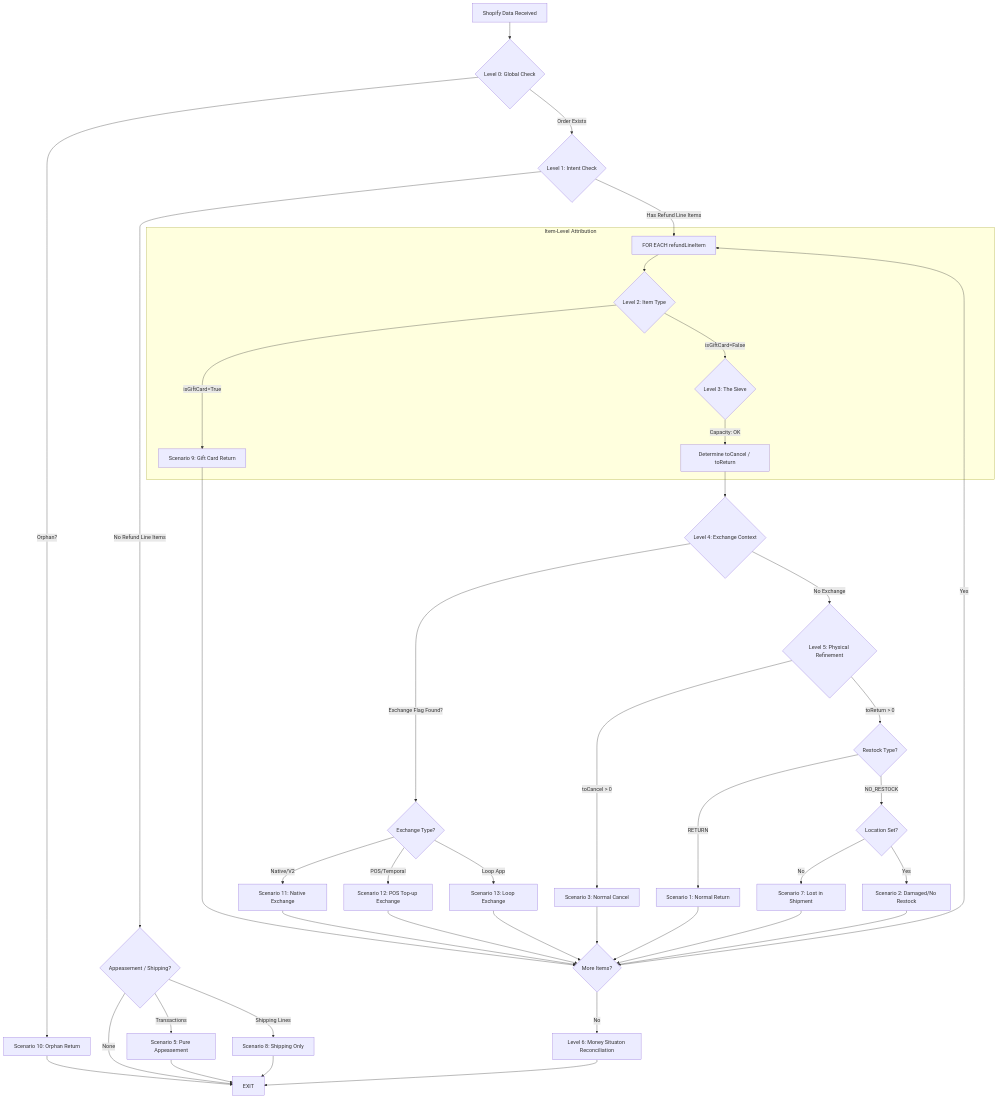
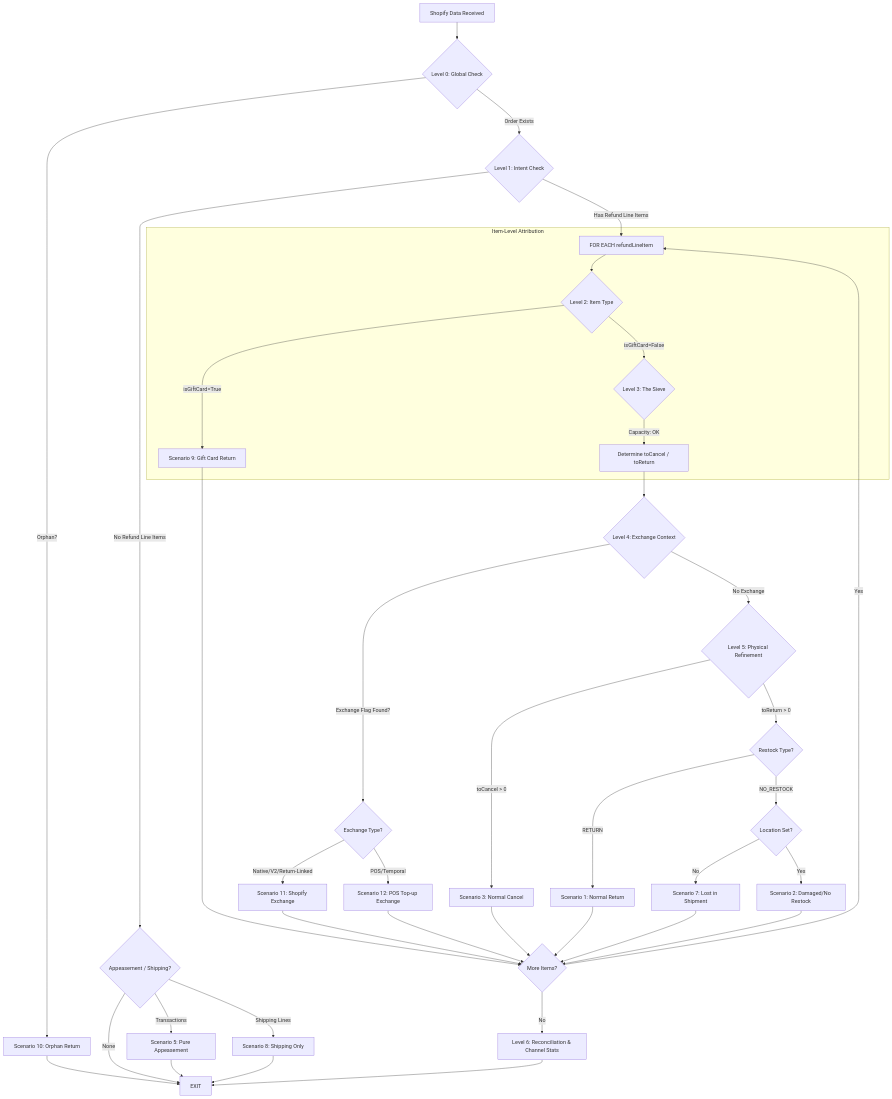
The diagram in docs/returns_refunds_decision_tree.md (hotwax/mantle-shopify-connector), drawn with Mermaid before and after one commit. The commit also changed other lines of this file, not shown here.

Commit message:
Demote Loop to metadata attribute for channel attribution and refine exchange signals

````diff
--- a/docs/returns_refunds_decision_tree.md
+++ b/docs/returns_refunds_decision_tree.md
@@ -7,56 +7,54 @@
 ```mermaid
 graph TD
     Start[Shopify Data Received] --> L0{Level 0: Global Check}
     
     L0 -->|Orphan?| Scenario10[Scenario 10: Orphan Return]
     Scenario10 --> Exit[EXIT]
     
     L0 -->|Order Exists| L1{Level 1: Intent Check}
     
     L1 -->|No Refund Line Items| L1_Sub{Appeasement / Shipping?}
     L1_Sub -->|Transactions| Scenario5[Scenario 5: Pure Appeasement]
     L1_Sub -->|Shipping Lines| Scenario8[Scenario 8: Shipping Only]
     L1_Sub -->|None| Exit
     Scenario5 --> Exit
     Scenario8 --> Exit
 
     L1 -->|Has Refund Line Items| LoopStart[FOR EACH refundLineItem]
     
     subgraph ItemLevel[Item-Level Attribution]
         LoopStart --> L2{Level 2: Item Type}
         L2 -->|isGiftCard=True| Scenario9[Scenario 9: Gift Card Return]
         
         L2 -->|isGiftCard=False| L3{Level 3: The Sieve}
         L3 -->|Capacity: OK| SieveRes[Determine toCancel / toReturn]
     end
 
     SieveRes --> L4{Level 4: Exchange Context}
     
     L4 -->|Exchange Flag Found?| L4_Sub{Exchange Type?}
-    L4_Sub -->|Native/V2| Scenario11[Scenario 11: Native Exchange]
-    L4_Sub -->|Loop App| Scenario13[Scenario 13: Loop Exchange]
+    L4_Sub -->|Native/V2/Return-Linked| Scenario11[Scenario 11: Shopify Exchange]
     L4_Sub -->|POS/Temporal| Scenario12[Scenario 12: POS Top-up Exchange]
     
     L4 -->|No Exchange| L5{Level 5: Physical Refinement}
     
     L5 -->|toCancel > 0| Scenario3[Scenario 3: Normal Cancel]
     L5 -->|toReturn > 0| L5_Sub{Restock Type?}
     
     L5_Sub -->|RETURN| Scenario1[Scenario 1: Normal Return]
     L5_Sub -->|NO_RESTOCK| L5_Cond{Location Set?}
     L5_Cond -->|No| Scenario7[Scenario 7: Lost in Shipment]
     L5_Cond -->|Yes| Scenario2[Scenario 2: Damaged/No Restock]
 
     Scenario9 --> NextItem{More Items?}
     Scenario11 --> NextItem
     Scenario12 --> NextItem
-    Scenario13 --> NextItem
     Scenario3 --> NextItem
     Scenario1 --> NextItem
     Scenario7 --> NextItem
     Scenario2 --> NextItem
     
     NextItem -->|Yes| LoopStart
-    NextItem -->|No| Recon[Level 6: Money Situaton Reconciliation]
+    NextItem -->|No| Recon[Level 6: Reconciliation & Channel Stats]
     Recon --> Exit
 ```
````
